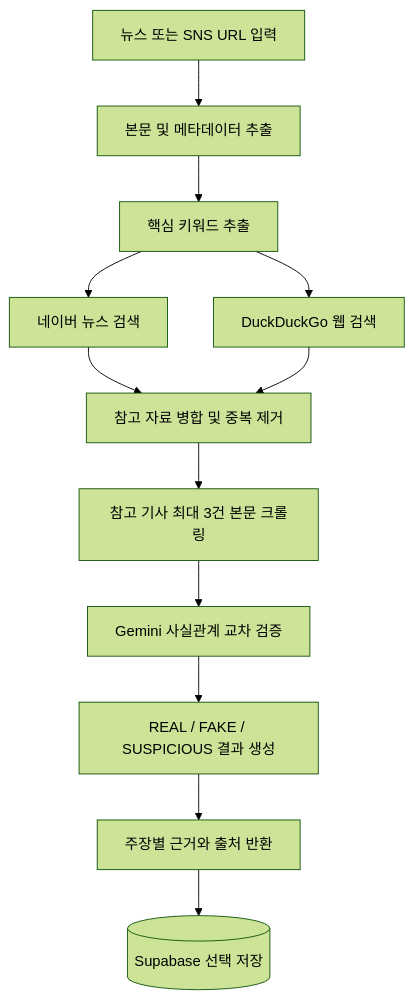
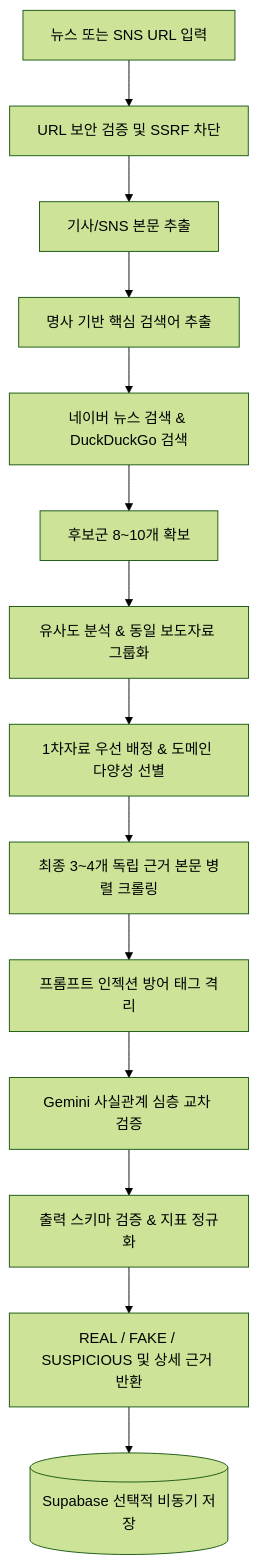
One commit to woosh0901-sys/fakenews changed the diagram in README.md. Above: the diagram before and after it, drawn with Mermaid (forest theme). The commit also changed other lines of this file, not shown here.

````diff
--- a/README.md
+++ b/README.md
@@ -22,14 +42,16 @@
 ```mermaid
 flowchart TD
-    A[뉴스 또는 SNS URL 입력] --> B[본문 및 메타데이터 추출]
-    B --> C[핵심 키워드 추출]
-    C --> D[네이버 뉴스 검색]
-    C --> E[DuckDuckGo 웹 검색]
-    D --> F[참고 자료 병합 및 중복 제거]
-    E --> F
-    F --> G[참고 기사 최대 3건 본문 크롤링]
-    G --> H[Gemini 사실관계 교차 검증]
-    H --> I[REAL / FAKE / SUSPICIOUS 결과 생성]
-    I --> J[주장별 근거와 출처 반환]
-    J --> K[(Supabase 선택 저장)]
+    A[뉴스 또는 SNS URL 입력] --> B[URL 보안 검증 및 SSRF 차단]
+    B --> C[기사/SNS 본문 추출]
+    C --> D[명사 기반 핵심 검색어 추출]
+    D --> E[네이버 뉴스 검색 & DuckDuckGo 검색]
+    E --> F[후보군 8~10개 확보]
+    F --> G[유사도 분석 & 동일 보도자료 그룹화]
+    G --> H[1차자료 우선 배정 & 도메인 다양성 선별]
+    H --> I[최종 3~4개 독립 근거 본문 병렬 크롤링]
+    I --> J[프롬프트 인젝션 방어 태그 격리]
+    J --> K[Gemini 사실관계 심층 교차 검증]
+    K --> L[출력 스키마 검증 & 지표 정규화]
+    L --> M[REAL / FAKE / SUSPICIOUS 및 상세 근거 반환]
+    M --> N[(Supabase 선택적 비동기 저장)]
 ```
````
